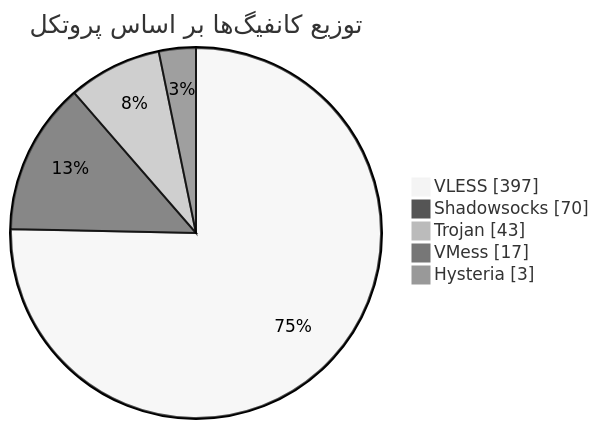
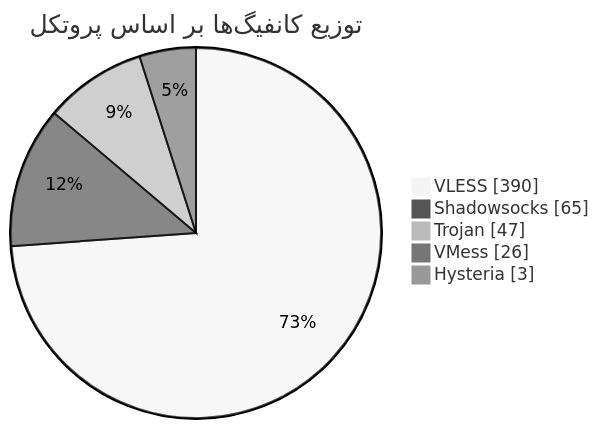
The diagram in README.md (Arian-Alijani/Somthing), drawn with Mermaid (neutral theme) before and after one commit. The commit also changed other lines of this file and 63 other files, not shown here.

````diff
--- a/README.md
+++ b/README.md
@@ -47,9 +47,9 @@
 ```mermaid
 pie showData
     title توزیع کانفیگ‌ها بر اساس پروتکل
-    "VLESS" : 397
-    "Shadowsocks" : 70
-    "Trojan" : 43
-    "VMess" : 17
+    "VLESS" : 390
+    "Shadowsocks" : 65
+    "Trojan" : 47
+    "VMess" : 26
     "Hysteria" : 3
 ```
````
